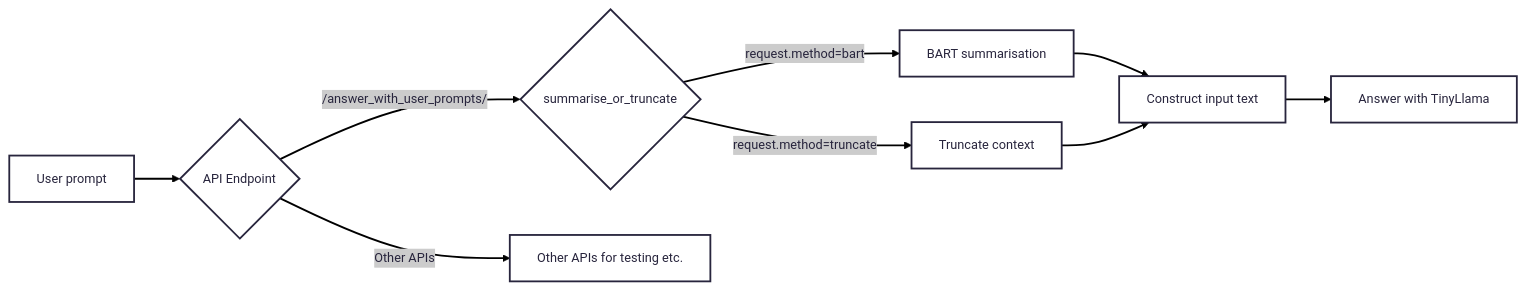
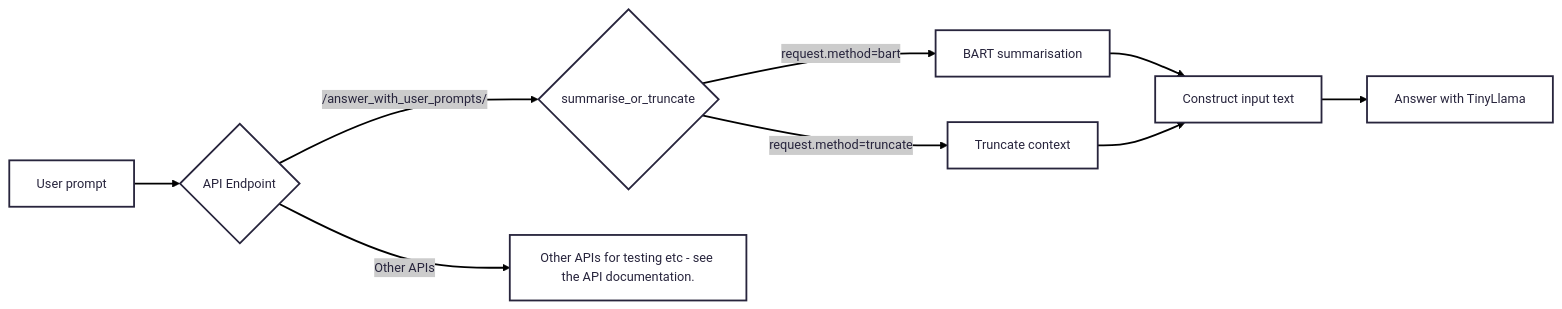
The first of 2 diagrams in README.md (EMarc2023/zero-shot-rag-llm), drawn with Mermaid before and after one commit.

````diff
--- a/README.md
+++ b/README.md
@@ -66,17 +66,17 @@
 ```mermaid
 ---
 config:
       theme: redux
 ---
 graph LR
     A[User prompt] --> B{API Endpoint};
 
     B -- /answer_with_user_prompts/ --> Y{summarise_or_truncate};
     Y -- request.method=bart --> Z[BART summarisation];
     Y -- request.method=truncate --> AA[Truncate context];
     Z --> AB[Construct input text];
     AA --> AB;
     AB --> AC[Answer with TinyLlama];
 
-B -- Other APIs --> AF[Other APIs for testing etc.];
+B -- Other APIs --> AF[Other APIs for testing etc - see the API documentation.];
 ```
````
